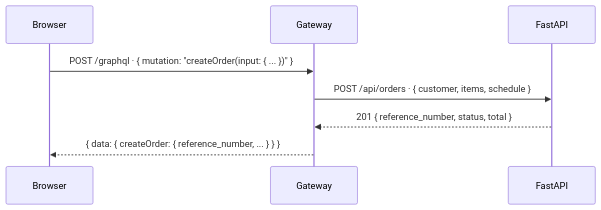
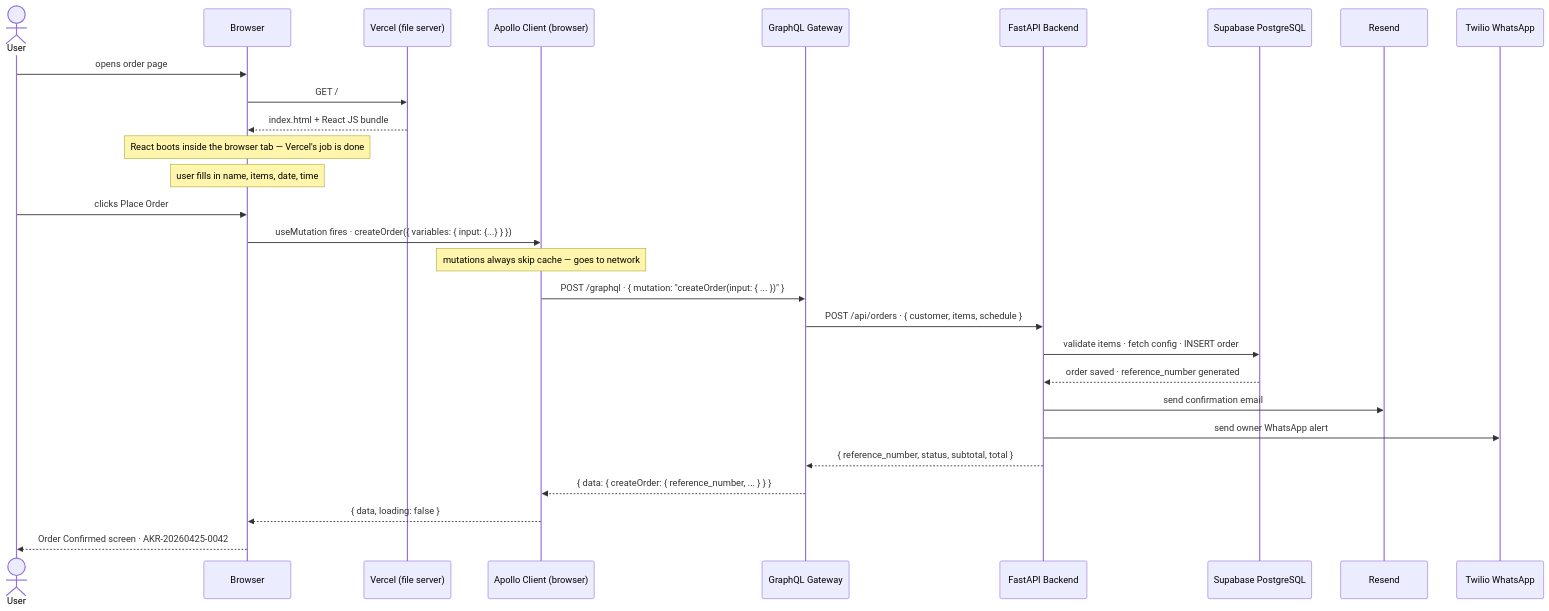
One commit to vikasparth/restaurant-main changed the second of 3 diagrams in src/docs/engineering-practices/graphql-request-flow.md. Above: the diagram before and after it, drawn with Mermaid. The commit also changed other lines of this file, not shown here.

First line of the commit message:
docs: add Vercel page load and DB steps to graphql-request-flow diagrams

````diff
--- a/src/docs/engineering-practices/graphql-request-flow.md
+++ b/src/docs/engineering-practices/graphql-request-flow.md
@@ -73,11 +92,32 @@
 ```mermaid
 sequenceDiagram
+    actor User
     participant B as Browser
-    participant GW as Gateway
-    participant BE as FastAPI
+    participant Vercel as Vercel (file server)
+    participant APC as Apollo Client (browser)
+    participant GW as GraphQL Gateway
+    participant BE as FastAPI Backend
+    participant DB as Supabase PostgreSQL
+    participant Email as Resend
+    participant WA as Twilio WhatsApp
 
-    B->>GW: POST /graphql · { mutation: "createOrder(input: { ... })" }
+    User->>B: opens order page
+    B->>Vercel: GET /
+    Vercel-->>B: index.html + React JS bundle
+    Note over B: React boots inside the browser tab — Vercel's job is done
+    Note over B: user fills in name, items, date, time
+
+    User->>B: clicks Place Order
+    B->>APC: useMutation fires · createOrder({ variables: { input: {...} } })
+    Note over APC: mutations always skip cache — goes to network
+    APC->>GW: POST /graphql · { mutation: "createOrder(input: { ... })" }
     GW->>BE: POST /api/orders · { customer, items, schedule }
-    BE-->>GW: 201 { reference_number, status, total }
-    GW-->>B: { data: { createOrder: { reference_number, ... } } }
+    BE->>DB: validate items · fetch config · INSERT order
+    DB-->>BE: order saved · reference_number generated
+    BE->>Email: send confirmation email
+    BE->>WA: send owner WhatsApp alert
+    BE-->>GW: { reference_number, status, subtotal, total }
+    GW-->>APC: { data: { createOrder: { reference_number, ... } } }
+    APC-->>B: { data, loading: false }
+    B-->>User: Order Confirmed screen · AKR-20260425-0042
 ```
````
